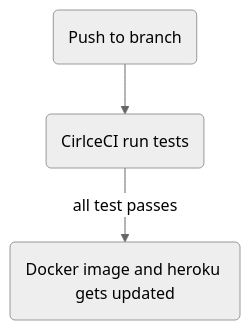
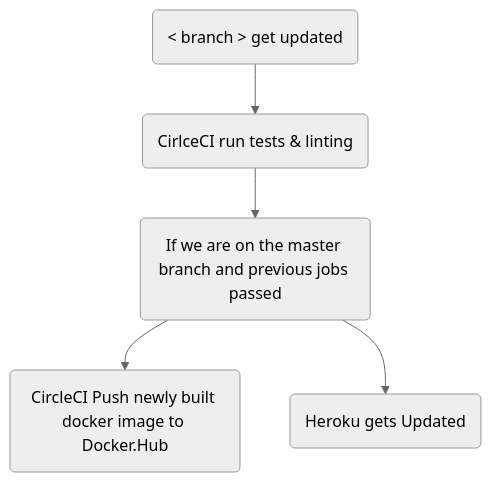
Before and after one commit to Madscientiste/OpenClassrooms_P13: the diagram in README.md, drawn with Mermaid (neutral theme). The commit also changed other lines of this file and 3 other files, not shown here.

````diff
--- a/README.md
+++ b/README.md
@@ -85,5 +90,8 @@
 ```mermaid
 graph TD
-    A(Push to branch) --> B(CirlceCI run tests) -- all test passes --> C(Docker image and heroku gets updated) 
-
+    A(< branch > get updated) --> 
+    B(CirlceCI run tests & linting) -->
+    C(If we are on the master branch and previous jobs passed)
+    C --> D(CircleCI Push newly built docker image to Docker.Hub)
+    C --> E(Heroku gets Updated)
 ```
````
